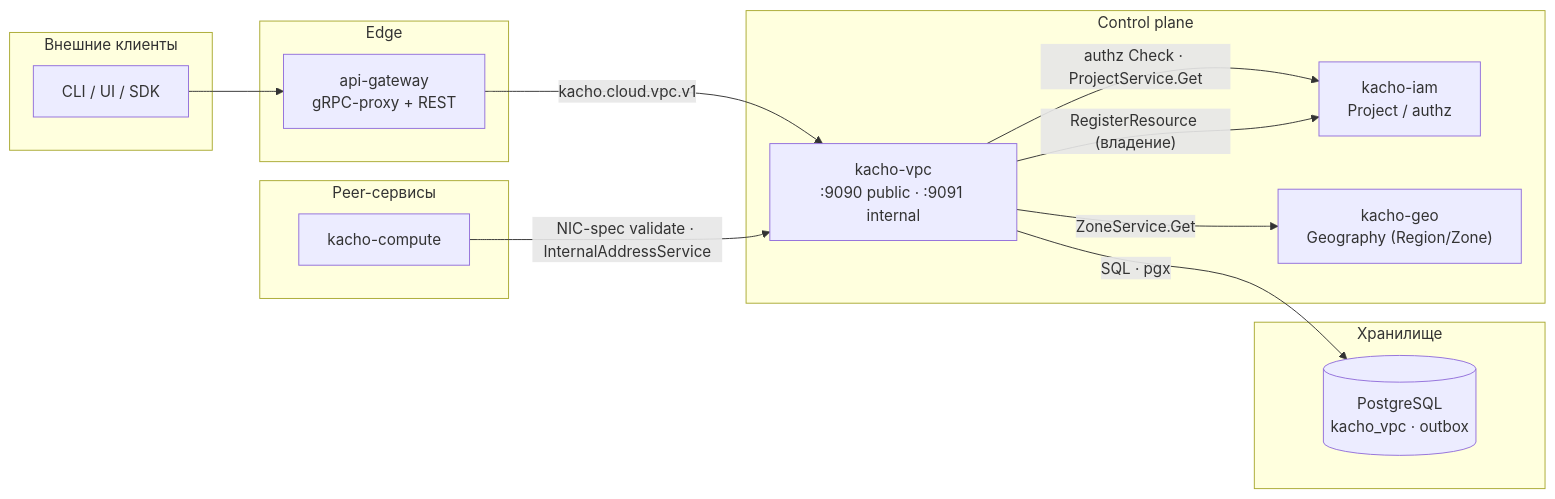
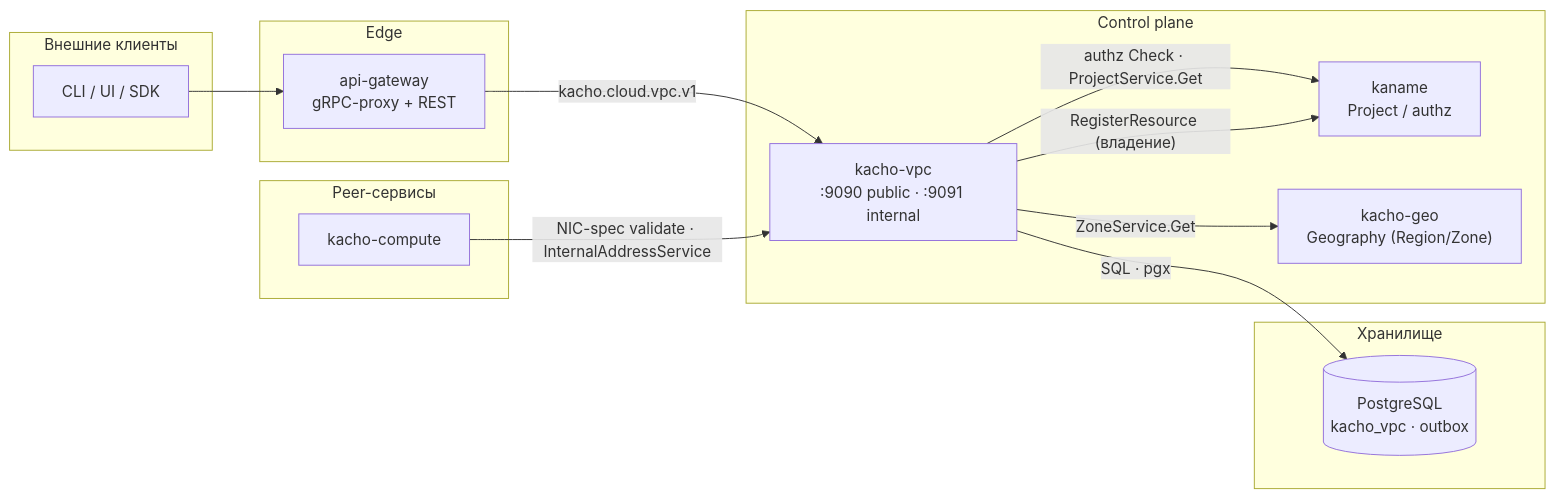
Before and after one commit to PRO-Robotech/kacho: the first of 2 diagrams in services/vpc/docs/content/intro.mdx, drawn with Mermaid. The commit also changed other lines of this file and 5005 other files, not shown here.

````diff
--- a/services/vpc/docs/content/intro.mdx
+++ b/services/vpc/docs/content/intro.mdx
@@ -116,28 +116,28 @@
 ```mermaid
 flowchart LR
   subgraph ext["Внешние клиенты"]
     cli["CLI / UI / SDK"]
   end
   subgraph edge["Edge"]
     agw["api-gateway<br/>gRPC-proxy + REST"]
   end
   subgraph cp["Control plane"]
     vpc["kacho-vpc<br/>:9090 public · :9091 internal"]
-    iam["kacho-iam<br/>Project / authz"]
+    iam["kaname<br/>Project / authz"]
     geo["kacho-geo<br/>Geography (Region/Zone)"]
   end
   subgraph store["Хранилище"]
     pg[("PostgreSQL<br/>kacho_vpc · outbox")]
   end
   subgraph peers["Peer-сервисы"]
     cmp["kacho-compute"]
   end
 
   cli --> agw
   agw -->|"kacho.cloud.vpc.v1"| vpc
   vpc -->|"SQL · pgx"| pg
   vpc -->|"authz Check · ProjectService.Get"| iam
   vpc -->|"RegisterResource (владение)"| iam
   vpc -->|"ZoneService.Get"| geo
   cmp -->|"NIC-spec validate · InternalAddressService"| vpc
 ```
````
